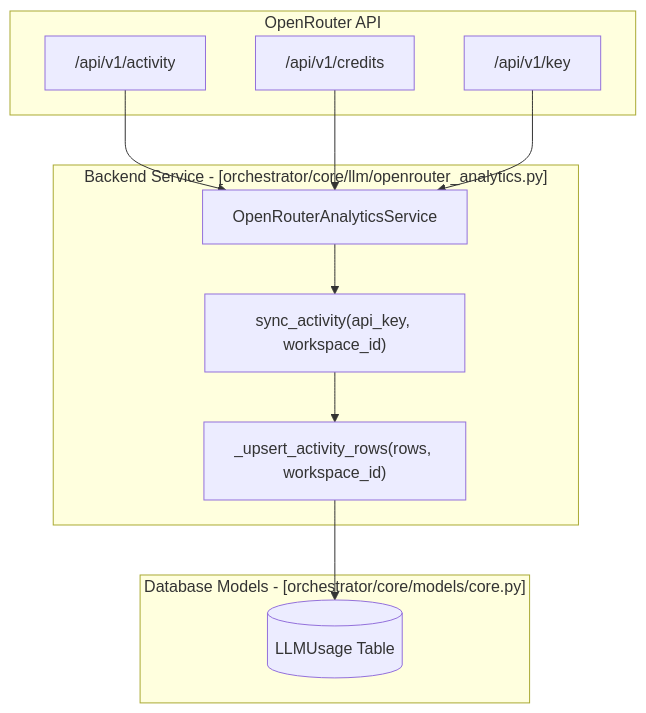
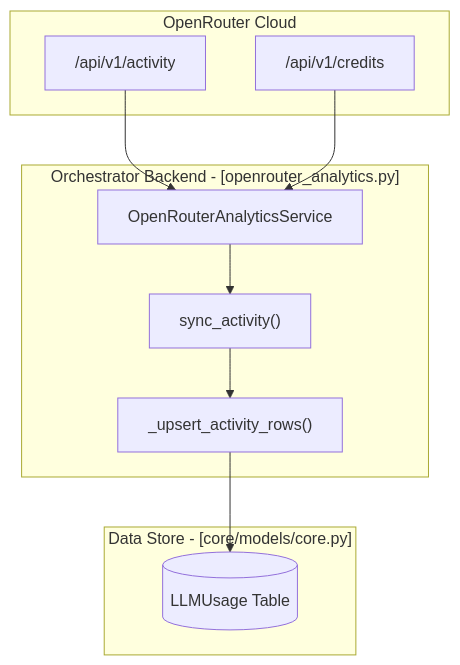
One commit to AutomatosAI/automatos-ai changed the third of 3 diagrams in docs/analytics-monitoring/cost-analytics.md. Above: the diagram before and after it, drawn with Mermaid. The commit also changed other lines of this file and 153 other files, not shown here.

````diff
--- a/docs/analytics-monitoring/cost-analytics.md
+++ b/docs/analytics-monitoring/cost-analytics.md
@@ -189,25 +184,23 @@
 ```mermaid
 graph TB
-    subgraph "OpenRouter API"
+    subgraph "OpenRouter Cloud"
         OR_Activity["/api/v1/activity"]
         OR_Credits["/api/v1/credits"]
-        OR_Key["/api/v1/key"]
     end
 
-    subgraph "Backend Service - [orchestrator/core/llm/openrouter_analytics.py]"
+    subgraph "Orchestrator Backend - [openrouter_analytics.py]"
         OR_Service["OpenRouterAnalyticsService"]
-        SyncTask["sync_activity(api_key, workspace_id)"]
-        DB_Upsert["_upsert_activity_rows(rows, workspace_id)"]
+        SyncTask["sync_activity()"]
+        DB_Upsert["_upsert_activity_rows()"]
     end
 
-    subgraph "Database Models - [orchestrator/core/models/core.py]"
+    subgraph "Data Store - [core/models/core.py]"
         UsageTable[("LLMUsage Table")]
     end
 
     OR_Activity --> OR_Service
     OR_Service --> SyncTask
     SyncTask --> DB_Upsert
     DB_Upsert --> UsageTable
     OR_Credits --> OR_Service
-    OR_Key --> OR_Service
 ```
````
